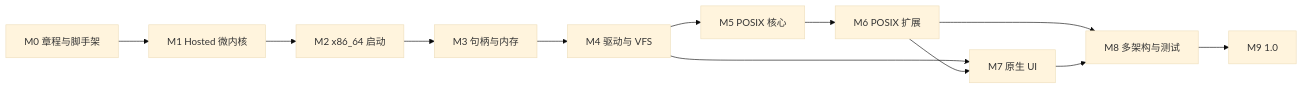
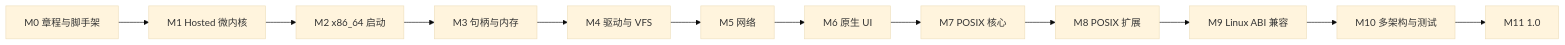
One commit to hongweifei/HolyKernel changed the diagram in docs/roadmap.md. Above: the diagram before and after it, drawn with Mermaid (base theme). The commit also changed other lines of this file and 13 other files, not shown here.

````diff
--- a/docs/roadmap.md
+++ b/docs/roadmap.md
@@ -36,14 +39,14 @@
 ```mermaid
 flowchart LR
     M0["M0 章程与脚手架"] --> M1["M1 Hosted 微内核"]
     M1 --> M2["M2 x86_64 启动"]
     M2 --> M3["M3 句柄与内存"]
     M3 --> M4["M4 驱动与 VFS"]
-    M4 --> M5["M5 POSIX 核心"]
-    M5 --> M6["M6 POSIX 扩展"]
-    M4 --> M7["M7 原生 UI"]
-    M6 --> M7
-    M6 --> M8["M8 多架构与测试"]
-    M7 --> M8
-    M8 --> M9["M9 1.0"]
+    M4 --> M5["M5 网络"]
+    M5 --> M6["M6 原生 UI"]
+    M6 --> M7["M7 POSIX 核心"]
+    M7 --> M8["M8 POSIX 扩展"]
+    M8 --> M9["M9 Linux ABI 兼容"]
+    M9 --> M10["M10 多架构与测试"]
+    M10 --> M11["M11 1.0"]
 ```
````
